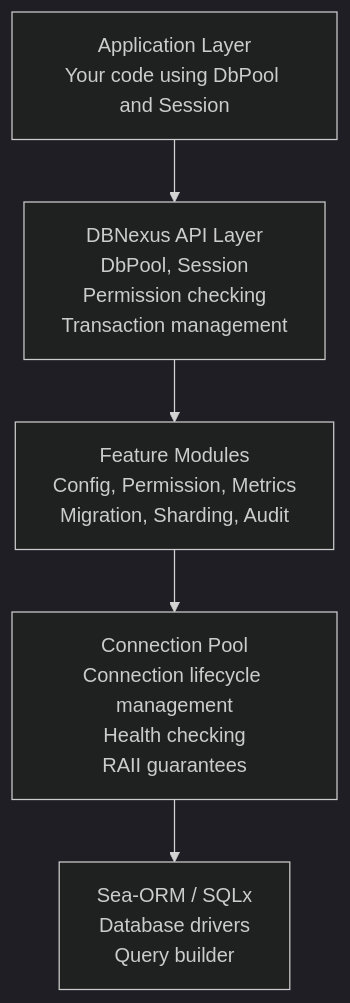
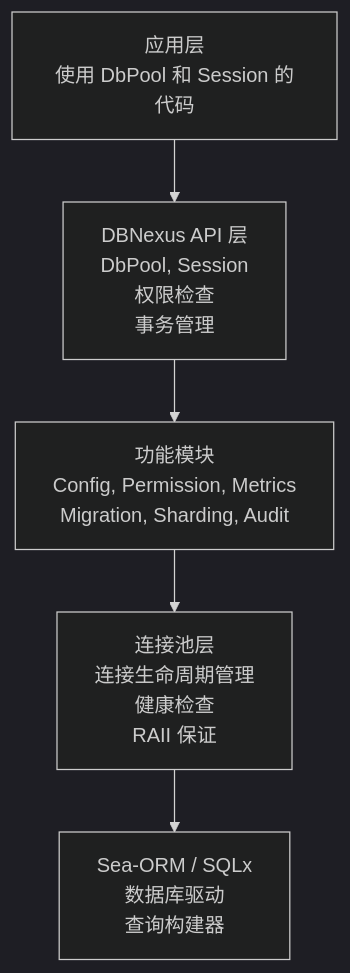
The diagram in README.md (Kirky-X/dbnexus), drawn with Mermaid (dark theme) before and after one commit. The commit also changed other lines of this file and 10 other files, not shown here.

````diff
--- a/README.md
+++ b/README.md
@@ -519,7 +502,7 @@
 ```mermaid
 graph TD
-    A[Application Layer<br/>Your code using DbPool and Session] --> B[DBNexus API Layer<br/>DbPool, Session<br/>Permission checking<br/>Transaction management]
-    B --> C[Feature Modules<br/>Config, Permission, Metrics<br/>Migration, Sharding, Audit]
-    C --> D[Connection Pool<br/>Connection lifecycle management<br/>Health checking<br/>RAII guarantees]
-    D --> E[Sea-ORM / SQLx<br/>Database drivers<br/>Query builder]
+    A[应用层<br/>使用 DbPool 和 Session 的代码] --> B[DBNexus API 层<br/>DbPool, Session<br/>权限检查<br/>事务管理]
+    B --> C[功能模块<br/>Config, Permission, Metrics<br/>Migration, Sharding, Audit]
+    C --> D[连接池层<br/>连接生命周期管理<br/>健康检查<br/>RAII 保证]
+    D --> E[Sea-ORM / SQLx<br/>数据库驱动<br/>查询构建器]
 ```
````
